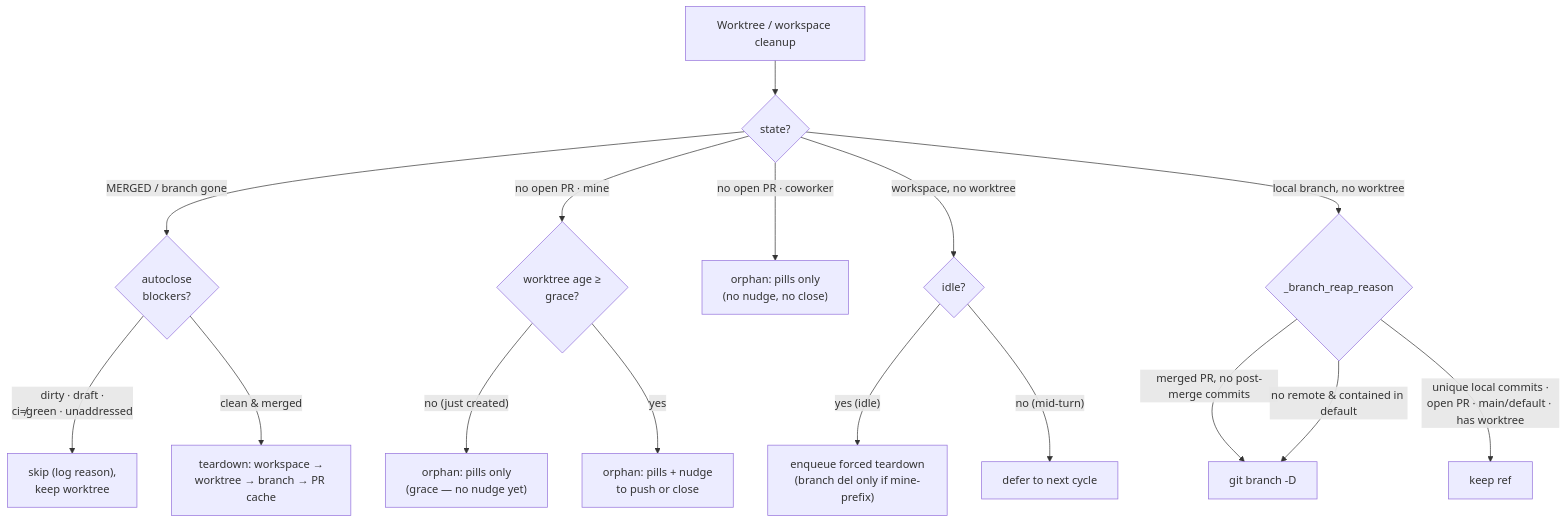
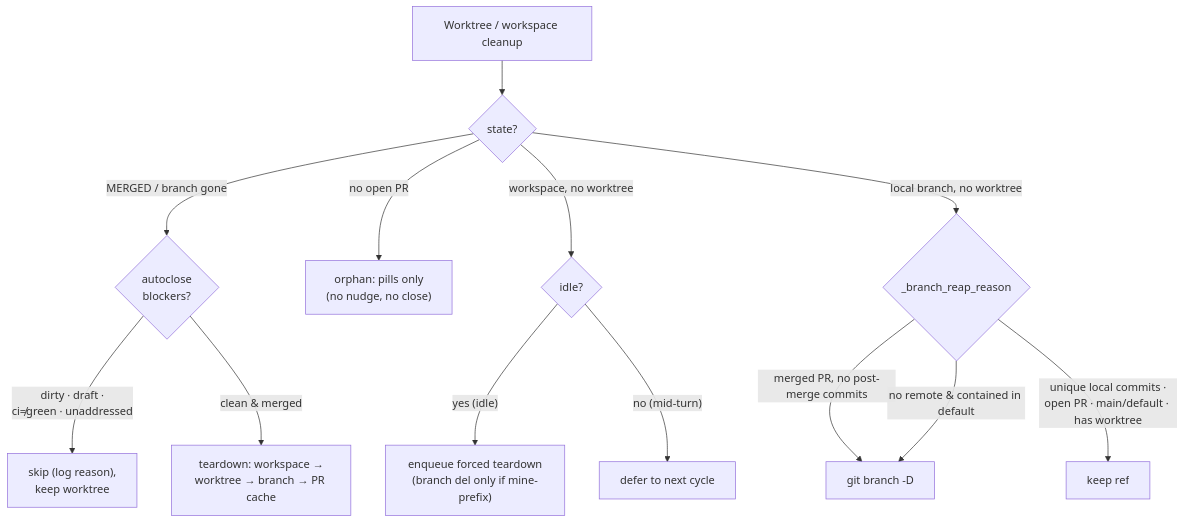
One commit to khivi/cockpit changed the third of 5 diagrams in docs/state-machine.md. Above: the diagram before and after it, drawn with Mermaid. The commit also changed other lines of this file and 17 other files, not shown here.

````diff
--- a/docs/state-machine.md
+++ b/docs/state-machine.md
@@ -154,23 +154,19 @@
 ```mermaid
 flowchart TD
   C["Worktree / workspace cleanup"] --> K{"state?"}
 
   K -->|"MERGED / branch gone"| AC{"autoclose<br/>blockers?"}
   AC -->|"dirty · draft ·<br/>ci≠green · unaddressed"| SK["skip (log reason),<br/>keep worktree"]
   AC -->|"clean & merged"| TD["teardown: workspace →<br/>worktree → branch → PR cache"]
 
-  K -->|"no open PR · mine"| OG{"worktree age ≥<br/>grace?"}
-  OG -->|"no (just created)"| OP["orphan: pills only<br/>(grace — no nudge yet)"]
-  OG -->|"yes"| OR["orphan: pills + nudge<br/>to push or close"]
-
-  K -->|"no open PR · coworker"| OC["orphan: pills only<br/>(no nudge, no close)"]
+  K -->|"no open PR"| OP["orphan: pills only<br/>(no nudge, no close)"]
 
   K -->|"workspace, no worktree"| RP{"idle?"}
   RP -->|"yes (idle)"| EN["enqueue forced teardown<br/>(branch del only if mine-prefix)"]
   RP -->|"no (mid-turn)"| DF["defer to next cycle"]
 
   K -->|"local branch, no worktree"| BR{"_branch_reap_reason"}
   BR -->|"merged PR, no post-merge commits"| BD["git branch -D"]
   BR -->|"no remote & contained in default"| BD
   BR -->|"unique local commits ·<br/>open PR · main/default · has worktree"| BK["keep ref"]
 ```
````
